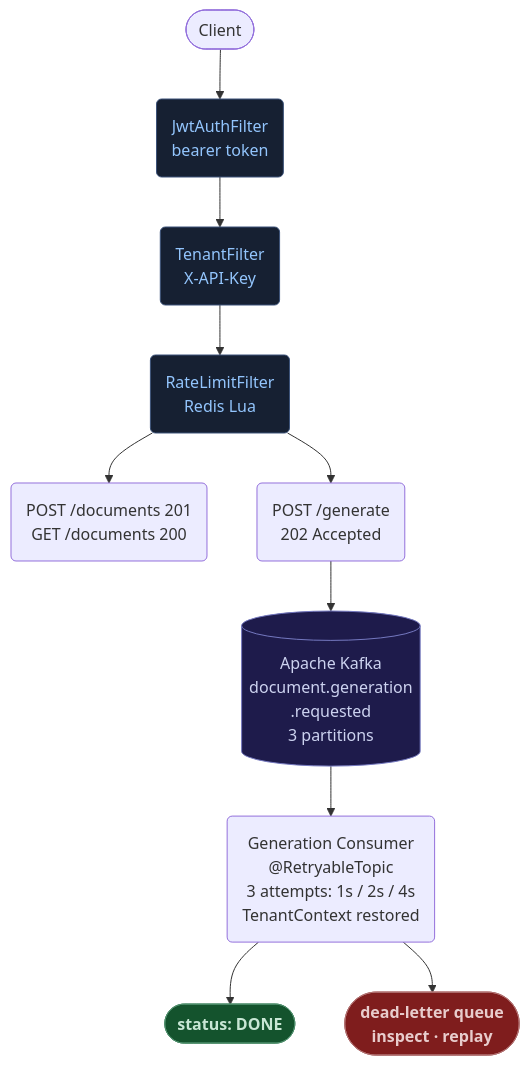
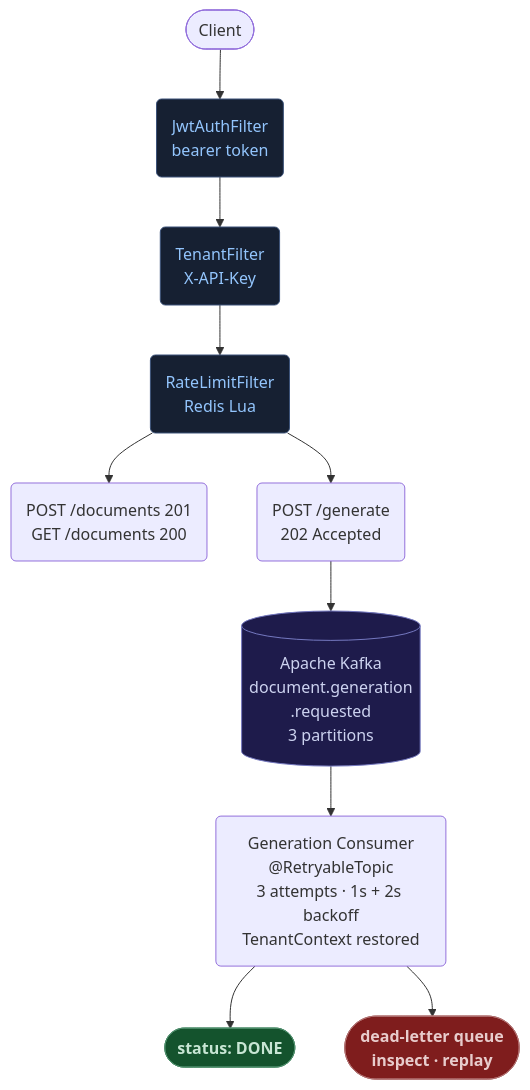
One commit to FDTTO/emit changed the first of 2 diagrams in README.md. Above: the diagram before and after it, drawn with Mermaid. The commit also changed other lines of this file, not shown here.

````diff
--- a/README.md
+++ b/README.md
@@ -48,27 +48,27 @@
 ```mermaid
 %%{init: {'theme': 'dark', 'themeVariables': {'fontFamily': '"Segoe UI", system-ui, sans-serif', 'primaryColor': '#1e293b', 'primaryBorderColor': '#334155', 'primaryTextColor': '#f1f5f9', 'lineColor': '#64748b'}}}%%
 flowchart TD
     classDef filter fill:#162032,stroke:#3b5279,color:#93c5fd
     classDef ok     fill:#14532d,stroke:#4d8c6a,color:#c8e6d4,font-weight:bold
     classDef err    fill:#7f1d1d,stroke:#b07070,color:#e8cccc,font-weight:bold
     classDef mq     fill:#1e1b4b,stroke:#7579c0,color:#cdd3f0
 
     client(["Client"])
     F1("JwtAuthFilter\nbearer token"):::filter
     F2("TenantFilter\nX-API-Key"):::filter
     F3("RateLimitFilter\nRedis Lua"):::filter
     crud("POST /documents  201\nGET  /documents  200")
     gen("POST /generate\n202 Accepted")
     kafka[("Apache Kafka\ndocument.generation\n.requested\n3 partitions")]:::mq
-    consumer("Generation Consumer\n@RetryableTopic\n3 attempts: 1s / 2s / 4s\nTenantContext restored")
+    consumer("Generation Consumer\n@RetryableTopic\n3 attempts · 1s + 2s backoff\nTenantContext restored")
     done(["status: DONE"]):::ok
     dlq(["dead-letter queue\ninspect · replay"]):::err
 
     client --> F1 --> F2 --> F3
     F3 --> crud
     F3 --> gen
     gen --> kafka
     kafka --> consumer
     consumer --> done
     consumer --> dlq
 ```
````
